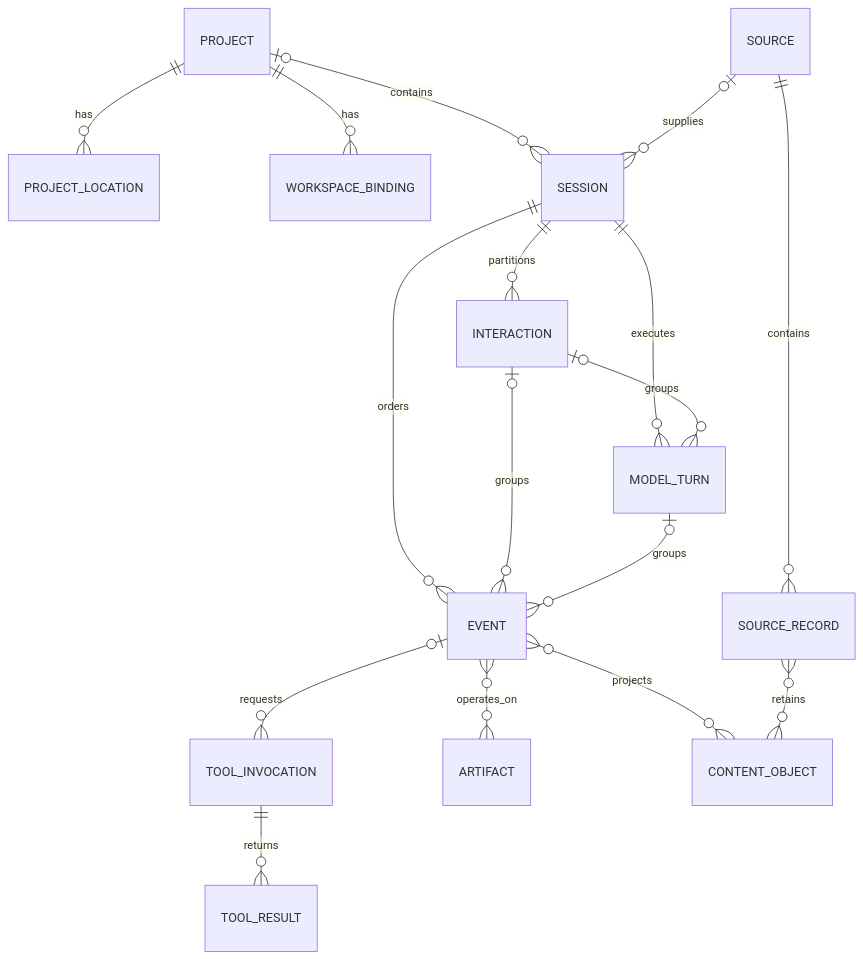
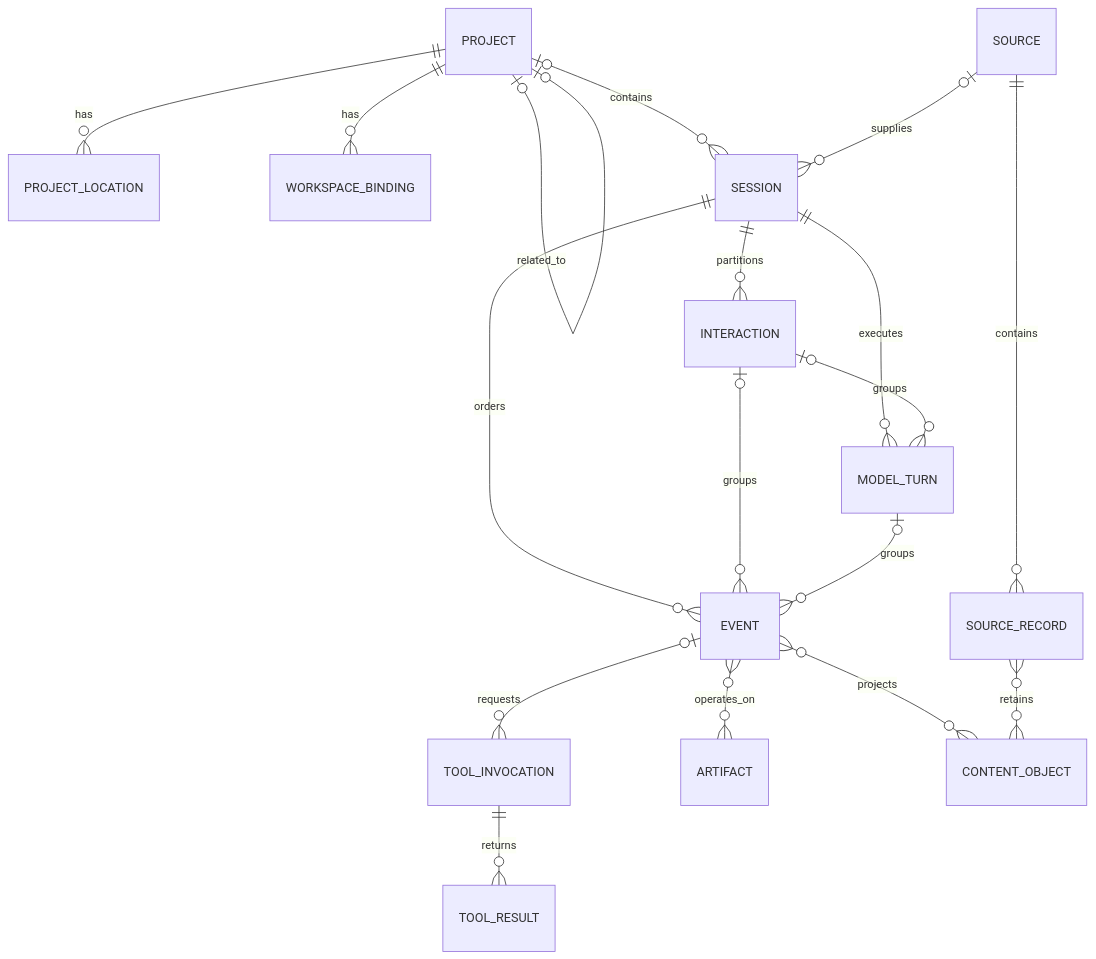
Before and after one commit to fear-ai/codess: the first of 2 diagrams in CoSchema.md, drawn with Mermaid. The commit also changed other lines of this file and 235 other files, not shown here.

````diff
--- a/CoSchema.md
+++ b/CoSchema.md
@@ -58,19 +187,20 @@
 ```mermaid
 erDiagram
     PROJECT ||--o{ PROJECT_LOCATION : has
     PROJECT ||--o{ WORKSPACE_BINDING : has
+    PROJECT o|--o| PROJECT : related_to
     PROJECT o|--o{ SESSION : contains
     SOURCE ||--o{ SOURCE_RECORD : contains
     SOURCE o|--o{ SESSION : supplies
     SESSION ||--o{ INTERACTION : partitions
     SESSION ||--o{ MODEL_TURN : executes
     SESSION ||--o{ EVENT : orders
     INTERACTION o|--o{ MODEL_TURN : groups
     INTERACTION o|--o{ EVENT : groups
     MODEL_TURN o|--o{ EVENT : groups
     EVENT o|--o{ TOOL_INVOCATION : requests
     TOOL_INVOCATION ||--o{ TOOL_RESULT : returns
     EVENT }o--o{ ARTIFACT : operates_on
     EVENT }o--o{ CONTENT_OBJECT : projects
     SOURCE_RECORD }o--o{ CONTENT_OBJECT : retains
 ```
````
